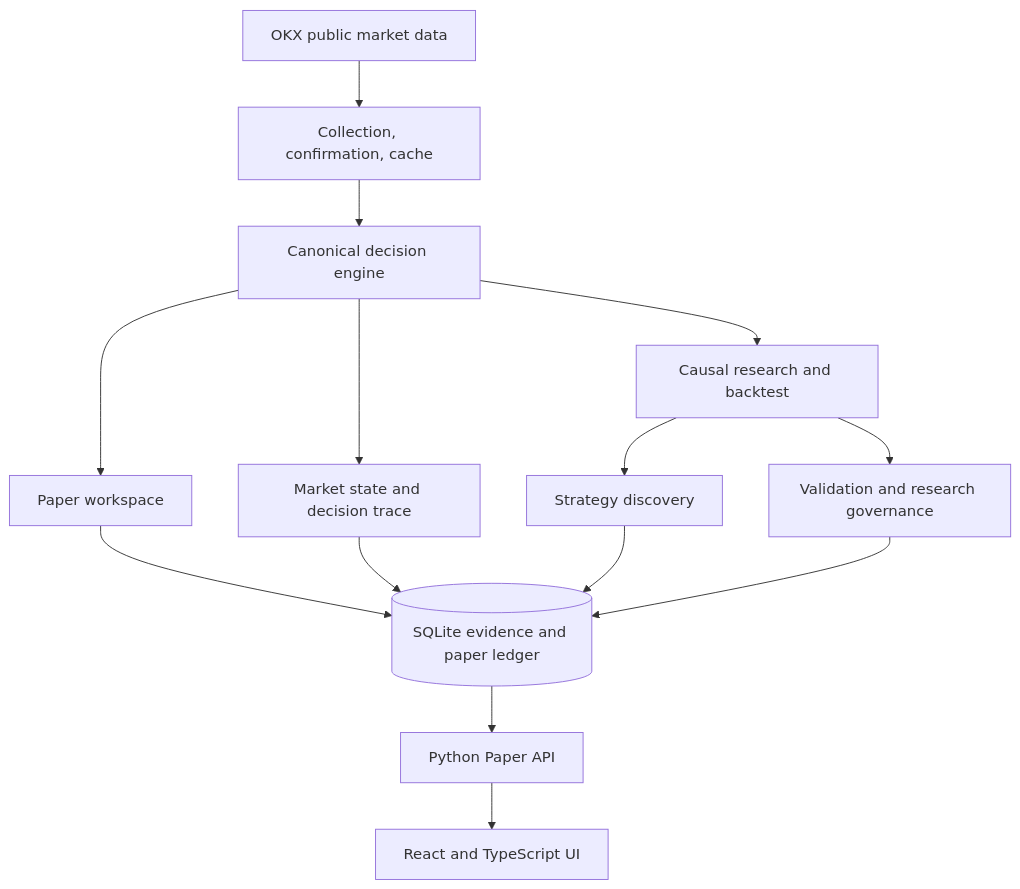
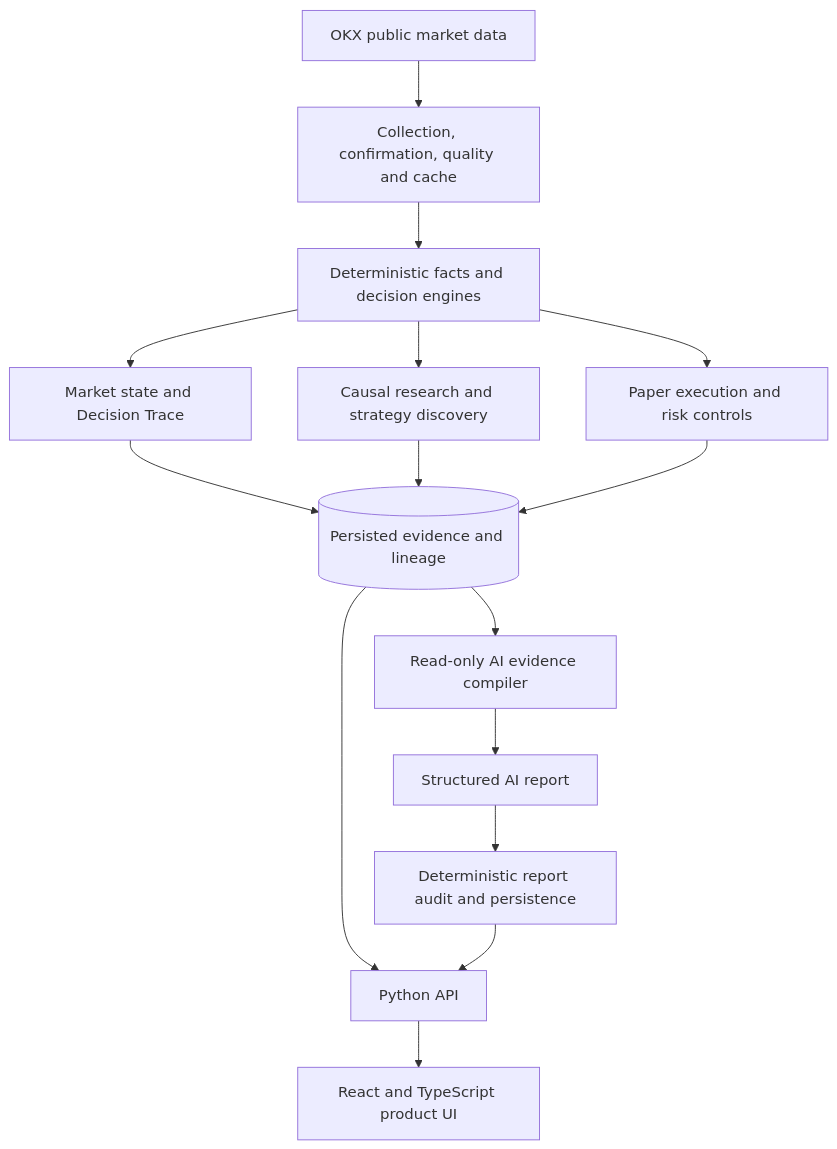
Before and after one commit to kevin6667890/crypto-bot: the first of 2 diagrams in README.md, drawn with Mermaid. The commit also changed other lines of this file and 9 other files, not shown here.

````diff
--- a/README.md
+++ b/README.md
@@ -35,16 +40,17 @@
 ```mermaid
 flowchart TD
-    OKX[OKX public market data] --> DC[Collection, confirmation, cache]
-    DC --> DE[Canonical decision engine]
-    DE --> PAPER[Paper workspace]
-    DE --> RESEARCH[Causal research and backtest]
-    DE --> ROUTER[Market state and decision trace]
-    RESEARCH --> DISCOVERY[Strategy discovery]
-    RESEARCH --> GOVERNANCE[Validation and research governance]
-    PAPER --> DB[(SQLite evidence and paper ledger)]
-    ROUTER --> DB
-    DISCOVERY --> DB
-    GOVERNANCE --> DB
-    DB --> API[Python Paper API]
-    API --> UI[React and TypeScript UI]
+    OKX[OKX public market data] --> DATA[Collection, confirmation, quality and cache]
+    DATA --> ENGINE[Deterministic facts and decision engines]
+    ENGINE --> STATE[Market state and Decision Trace]
+    ENGINE --> RESEARCH[Causal research and strategy discovery]
+    ENGINE --> PAPER[Paper execution and risk controls]
+    STATE --> STORE[(Persisted evidence and lineage)]
+    RESEARCH --> STORE
+    PAPER --> STORE
+    STORE --> API[Python API]
+    API --> UI[React and TypeScript product UI]
+    STORE --> CONTEXT[Read-only AI evidence compiler]
+    CONTEXT --> REPORT[Structured AI report]
+    REPORT --> AUDIT[Deterministic report audit and persistence]
+    AUDIT --> API
 ```
````
